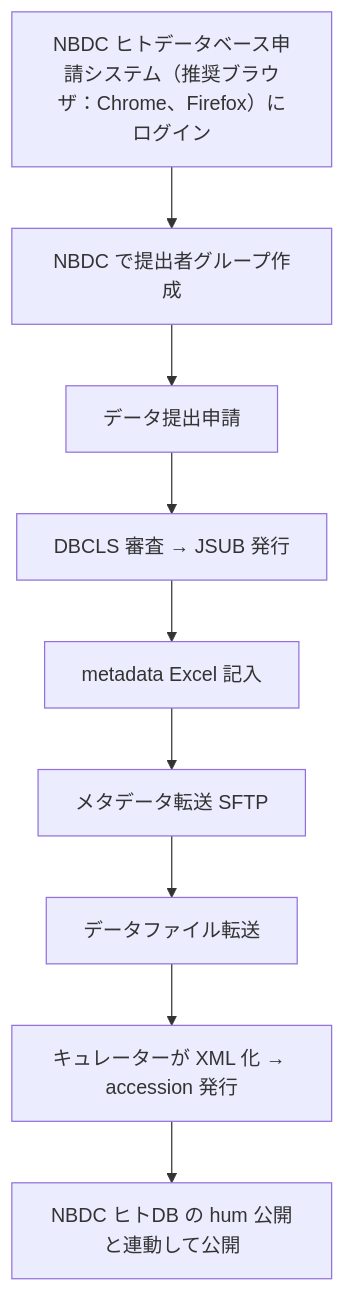
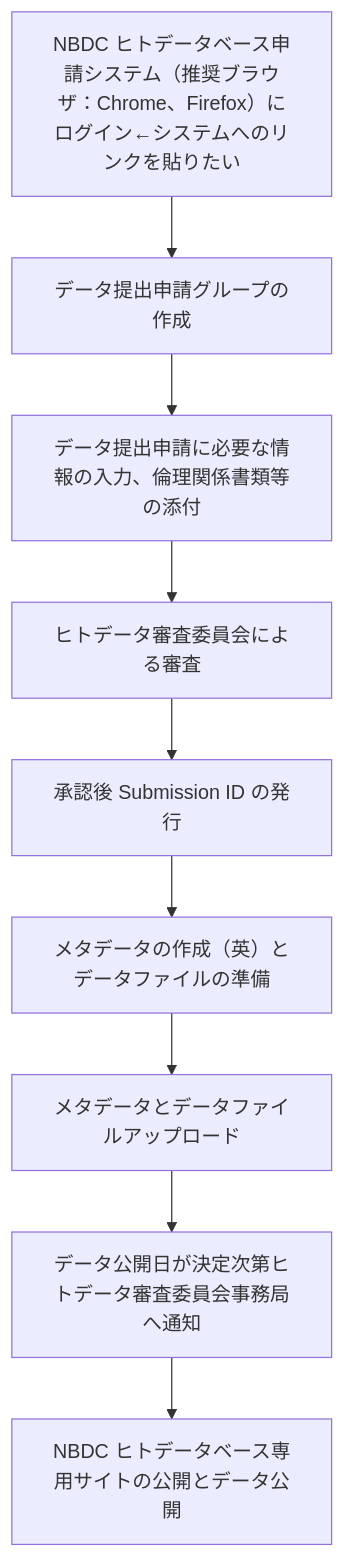
The diagram in page-contents/jga/index.md (ddbj/db-portal), drawn with Mermaid before and after one commit. The commit also changed other lines of this file, not shown here.

````diff
--- a/page-contents/jga/index.md
+++ b/page-contents/jga/index.md
@@ -61,13 +60,14 @@
 ```mermaid
 flowchart TD
-  S1[NBDC ヒトデータベース申請システム（推奨ブラウザ：Chrome、Firefox）にログイン] 
-  S2[NBDC で提出者グループ作成]
-  S3[データ提出申請]
-  S4[DBCLS 審査 → JSUB 発行]
-  S5[metadata Excel 記入]
-  S6[メタデータ転送 SFTP]
-  S7[データファイル転送]
-  S8[キュレーターが XML 化 → accession 発行]
-  S9[NBDC ヒトDB の hum 公開と連動して公開]
+  S1[NBDC ヒトデータベース申請システム（推奨ブラウザ：Chrome、Firefox）にログイン←システムへのリンクを貼りたい] 
+  S2[データ提出申請グループの作成]
+  S3[データ提出申請に必要な情報の入力、倫理関係書類等の添付]
+  S4[ヒトデータ審査委員会による審査]
+  S5[承認後 Submission ID の発行]
+  S6[メタデータの作成（英）とデータファイルの準備]
+  S7[メタデータとデータファイルアップロード]
+  S8[キュレーターによる検証後アクセッション番号の発行]
+  S8[データ公開日が決定次第ヒトデータ審査委員会事務局へ通知]
+  S9[NBDC ヒトデータベース専用サイトの公開とデータ公開]
   S1 --> S2 --> S3 --> S4 --> S5 --> S6 --> S7 --> S8 --> S9
 ```
````
